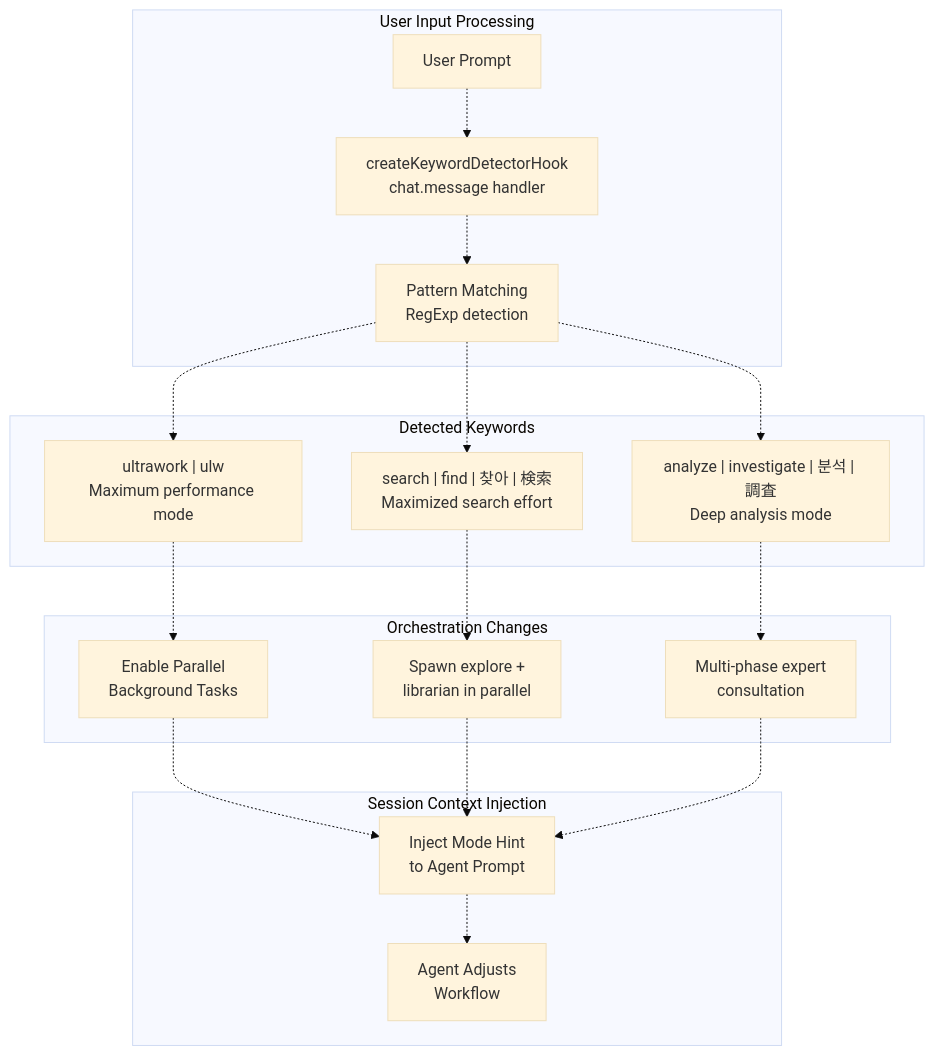
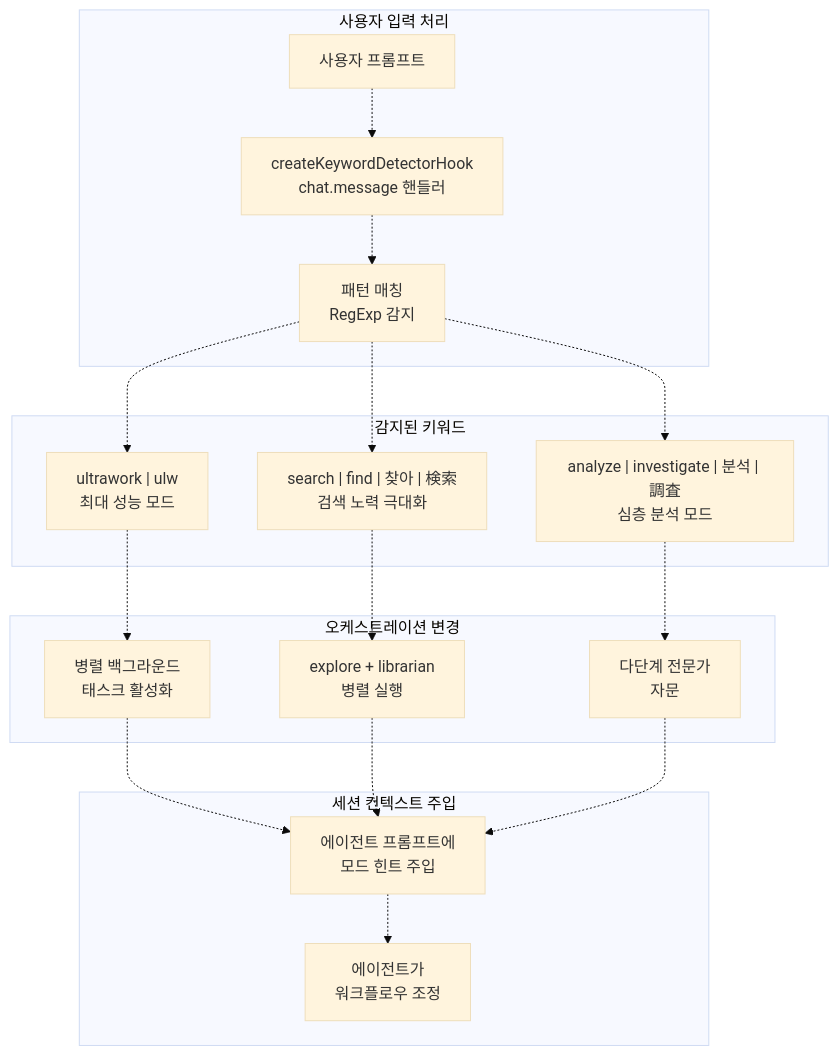
One commit to felipetruman/oh-my-opencode-docs changed the third of 5 diagrams in docs/advanced/advanced-topics.md. Above: the diagram before and after it, drawn with Mermaid (base theme). The commit also changed other lines of this file and 76 other files, not shown here.

````diff
--- a/docs/advanced/advanced-topics.md
+++ b/docs/advanced/advanced-topics.md
@@ -241,51 +241,51 @@
 ```mermaid
 flowchart TD
 
-UserPrompt["User Prompt"]
-KeywordDetector["createKeywordDetectorHook<br>chat.message handler"]
-PatternMatch["Pattern Matching<br>RegExp detection"]
-Ultrawork["ultrawork | ulw<br>Maximum performance mode"]
-Search["search | find | 찾아 | 検索<br>Maximized search effort"]
-Analyze["analyze | investigate | 분석 | 調査<br>Deep analysis mode"]
-ParallelAgents["Enable Parallel<br>Background Tasks"]
-SearchMode["Spawn explore +<br>librarian in parallel"]
-AnalysisMode["Multi-phase expert<br>consultation"]
-InjectMode["Inject Mode Hint<br>to Agent Prompt"]
-AgentBehavior["Agent Adjusts<br>Workflow"]
+UserPrompt["사용자 프롬프트"]
+KeywordDetector["createKeywordDetectorHook<br>chat.message 핸들러"]
+PatternMatch["패턴 매칭<br>RegExp 감지"]
+Ultrawork["ultrawork | ulw<br>최대 성능 모드"]
+Search["search | find | 찾아 | 検索<br>검색 노력 극대화"]
+Analyze["analyze | investigate | 분석 | 調査<br>심층 분석 모드"]
+ParallelAgents["병렬 백그라운드<br>태스크 활성화"]
+SearchMode["explore + librarian<br>병렬 실행"]
+AnalysisMode["다단계 전문가<br>자문"]
+InjectMode["에이전트 프롬프트에<br>모드 힌트 주입"]
+AgentBehavior["에이전트가<br>워크플로우 조정"]
 
 PatternMatch -.-> Ultrawork
 PatternMatch -.-> Search
 PatternMatch -.-> Analyze
 Ultrawork -.-> ParallelAgents
 Search -.-> SearchMode
 Analyze -.-> AnalysisMode
 ParallelAgents -.-> InjectMode
 SearchMode -.-> InjectMode
 AnalysisMode -.-> InjectMode
 
-subgraph subGraph3 ["Session Context Injection"]
+subgraph subGraph3 ["세션 컨텍스트 주입"]
     InjectMode
     AgentBehavior
     InjectMode -.-> AgentBehavior
 end
 
-subgraph subGraph2 ["Orchestration Changes"]
+subgraph subGraph2 ["오케스트레이션 변경"]
     ParallelAgents
     SearchMode
     AnalysisMode
 end
 
-subgraph subGraph1 ["Detected Keywords"]
+subgraph subGraph1 ["감지된 키워드"]
     Ultrawork
     Search
     Analyze
 end
 
-subgraph subGraph0 ["User Input Processing"]
+subgraph subGraph0 ["사용자 입력 처리"]
     UserPrompt
     KeywordDetector
     PatternMatch
     UserPrompt -.-> KeywordDetector
     KeywordDetector -.-> PatternMatch
 end
 ```
````
